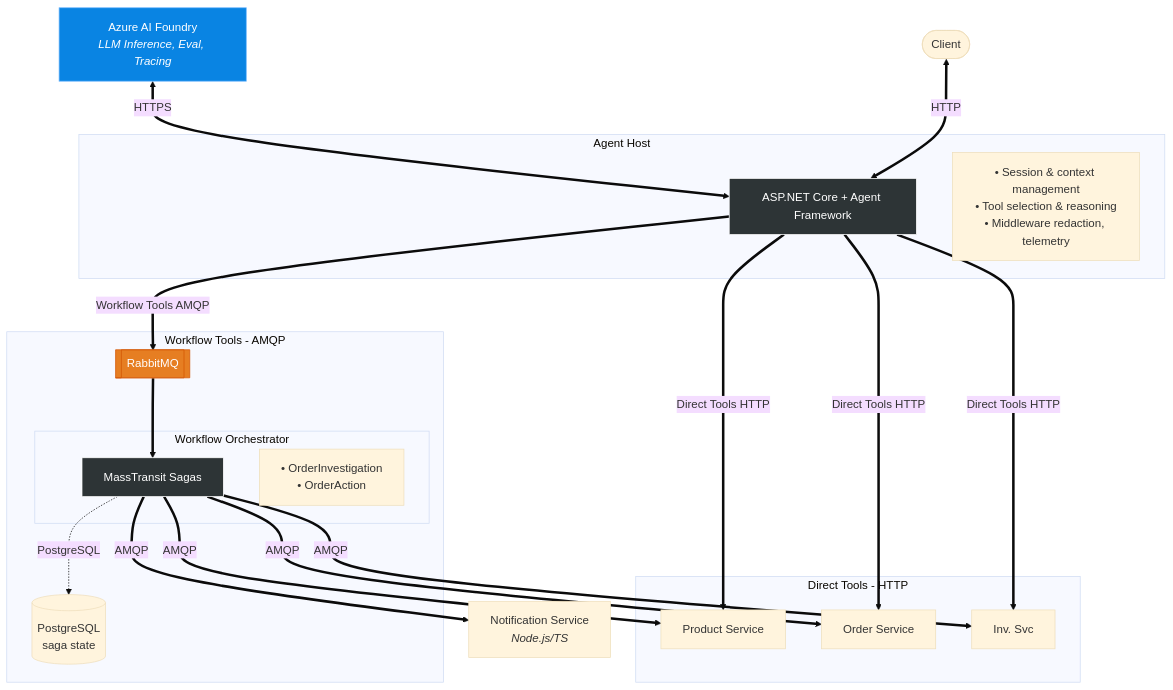
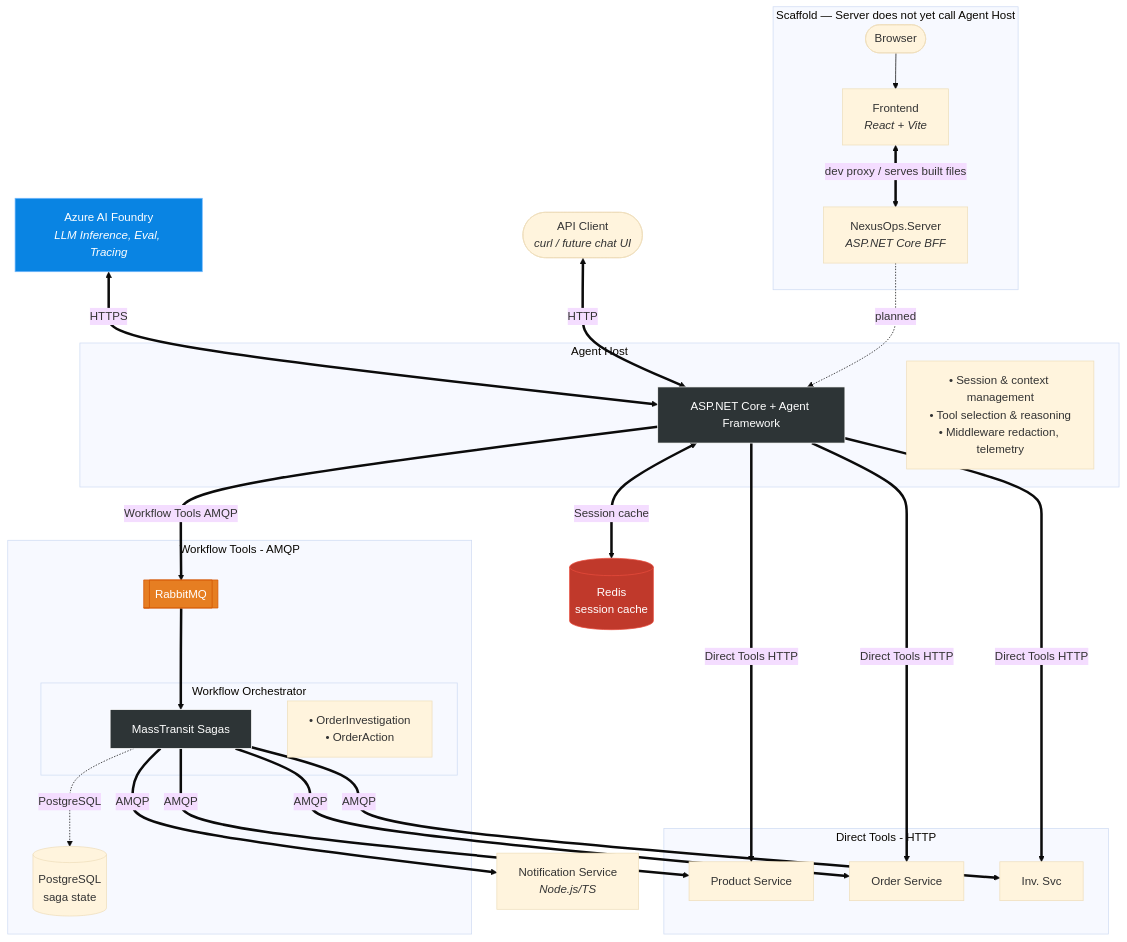
Before and after one commit to sanaullahmohammed/NexusOps: the diagram in README.md, drawn with Mermaid (base theme). The commit also changed other lines of this file and 8 other files, not shown here.

````diff
--- a/README.md
+++ b/README.md
@@ -23,52 +23,67 @@
 ```mermaid
 graph TD
     %% Define Nodes
     Foundry[Azure AI Foundry<br/><i>LLM Inference, Eval, Tracing</i>]
-    Client([Client])
-    
+    Client([API Client<br/><i>curl / future chat UI</i>])
+    Redis[(Redis<br/>session cache)]
+
     subgraph Host [Agent Host]
         AH[ASP.NET Core + Agent Framework]
         AH_D[• Session & context management<br/>• Tool selection & reasoning<br/>• Middleware redaction, telemetry]
     end
 
     subgraph Direct [Direct Tools - HTTP]
         Prod[Product Service]
         Order[Order Service]
         Inv[Inv. Svc]
     end
 
     subgraph Async [Workflow Tools - AMQP]
         RMQ[[RabbitMQ]]@{ "type" : "queue" }
         subgraph Orch [Workflow Orchestrator]
             MT[MassTransit Sagas]
             MT_D[• OrderInvestigation<br/>• OrderAction]
         end
         PG[(PostgreSQL<br/>saga state)]
     end
 
     Notify[Notification Service<br/><i>Node.js/TS</i>]
 
+    subgraph Scaffold [Scaffold — Server does not yet call Agent Host]
+        WebUI([Browser])
+        FE[Frontend<br/><i>React + Vite</i>]
+        Server[NexusOps.Server<br/><i>ASP.NET Core BFF</i>]
+    end
+
     %% Connections
     Foundry <==> |HTTPS| AH
     Client <==> |HTTP| AH
+    AH <==> |Session cache| Redis
 
     AH ==> |Direct Tools HTTP| Prod
     AH ==> |Direct Tools HTTP| Order
     AH ==> |Direct Tools HTTP| Inv
 
     AH ==> |Workflow Tools AMQP| RMQ
     RMQ ==> MT
     MT -.-> |PostgreSQL| PG
     
     %% Async Back-channel
     MT ==> |AMQP| Prod
     MT ==> |AMQP| Order
     MT ==> |AMQP| Inv
     MT ==> |AMQP| Notify
 
+    %% Scaffold — Server serves the built frontend today (dev proxy + published static files);
+    %% it does not yet call Agent Host
+    WebUI --> FE
+    FE <==> |dev proxy / serves built files| Server
+    Server -.-> |planned| AH
+
     %% Styles
     style AH fill:#2d3436,color:#fff,stroke:#fff
     style Foundry fill:#0984e3,color:#fff,stroke:#74b9ff
     style RMQ fill:#e67e22,color:#fff,stroke:#d35400
     style MT fill:#2d3436,color:#fff,stroke:#fff
+    style Redis fill:#c0392b,color:#fff,stroke:#e74c3c
 ```
````
